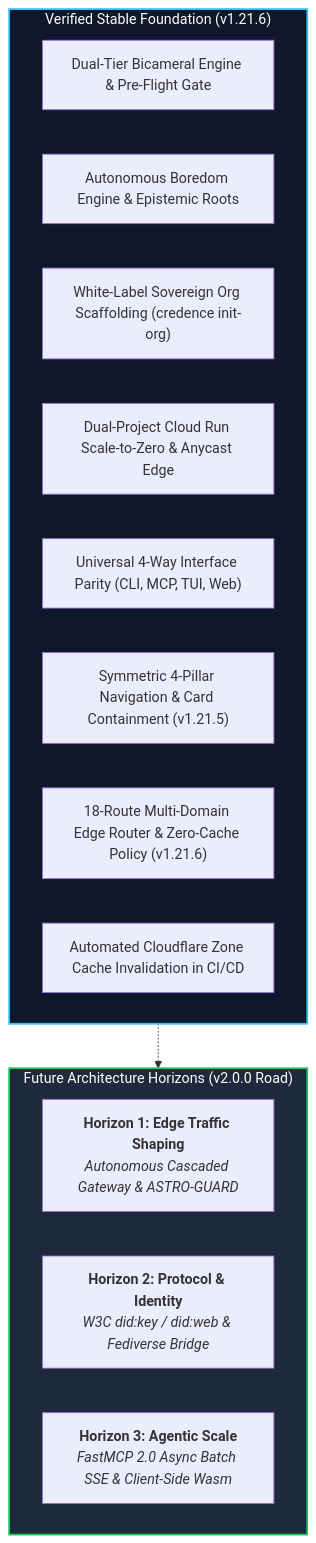
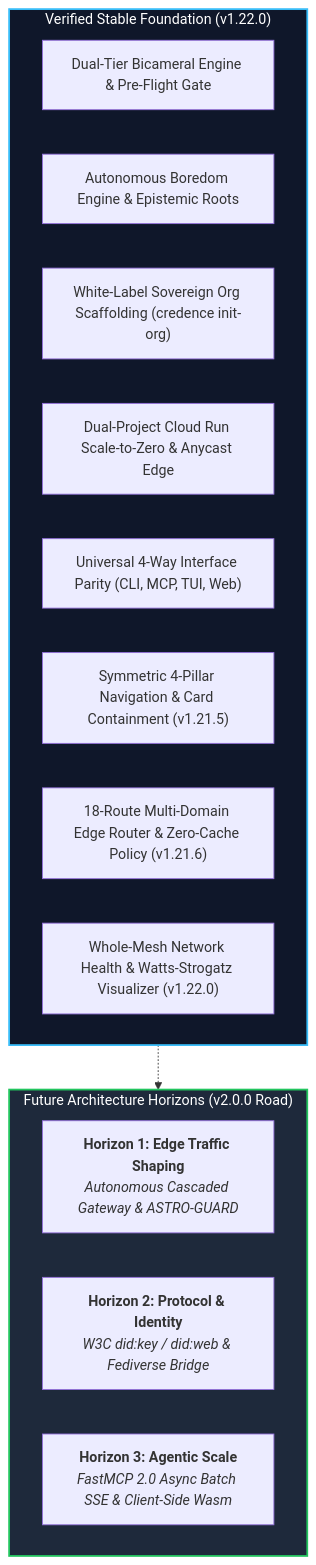
Before and after one commit to artibyrd/credence-docs: the diagram in docs/roadmap.md, drawn with Mermaid. The commit also changed 5 other files, not shown here.

Commit message:
feat(nexus): Whole-Mesh Network Health & Watts-Strogatz Topology Dashboard (v1.22.0)

````diff
--- a/docs/roadmap.md
+++ b/docs/roadmap.md
@@ -32,26 +32,26 @@
 ```mermaid
 flowchart TD
-    subgraph Foundation["Verified Stable Foundation (v1.21.6)"]
+    subgraph Foundation["Verified Stable Foundation (v1.22.0)"]
         F1["Dual-Tier Bicameral Engine & Pre-Flight Gate"]
         F2["Autonomous Boredom Engine & Epistemic Roots"]
         F3["White-Label Sovereign Org Scaffolding (credence init-org)"]
         F4["Dual-Project Cloud Run Scale-to-Zero & Anycast Edge"]
         F5["Universal 4-Way Interface Parity (CLI, MCP, TUI, Web)"]
         F6["Symmetric 4-Pillar Navigation & Card Containment (v1.21.5)"]
         F7["18-Route Multi-Domain Edge Router & Zero-Cache Policy (v1.21.6)"]
-        F8["Automated Cloudflare Zone Cache Invalidation in CI/CD"]
+        F8["Whole-Mesh Network Health & Watts-Strogatz Visualizer (v1.22.0)"]
     end
 
     subgraph Horizons["Future Architecture Horizons (v2.0.0 Road)"]
         H1["<b>Horizon 1: Edge Traffic Shaping</b><br/><i>Autonomous Cascaded Gateway & ASTRO-GUARD</i>"]
         H2["<b>Horizon 2: Protocol & Identity</b><br/><i>W3C did:key / did:web & Fediverse Bridge</i>"]
         H3["<b>Horizon 3: Agentic Scale</b><br/><i>FastMCP 2.0 Async Batch SSE & Client-Side Wasm</i>"]
     end
 
     Foundation -.-> Horizons
 
     classDef darkSlate fill:#0f172a,stroke:#38bdf8,stroke-width:2px,color:#fff;
     classDef highlight fill:#1e293b,stroke:#22c55e,stroke-width:2px,color:#fff;
     class Foundation darkSlate;
     class Horizons highlight;
 ```
````
